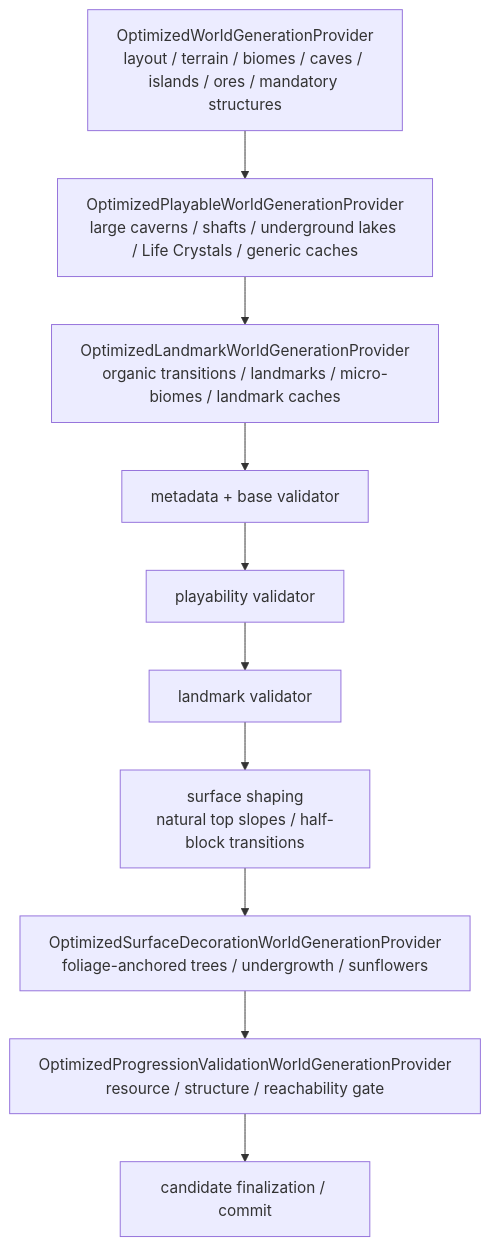
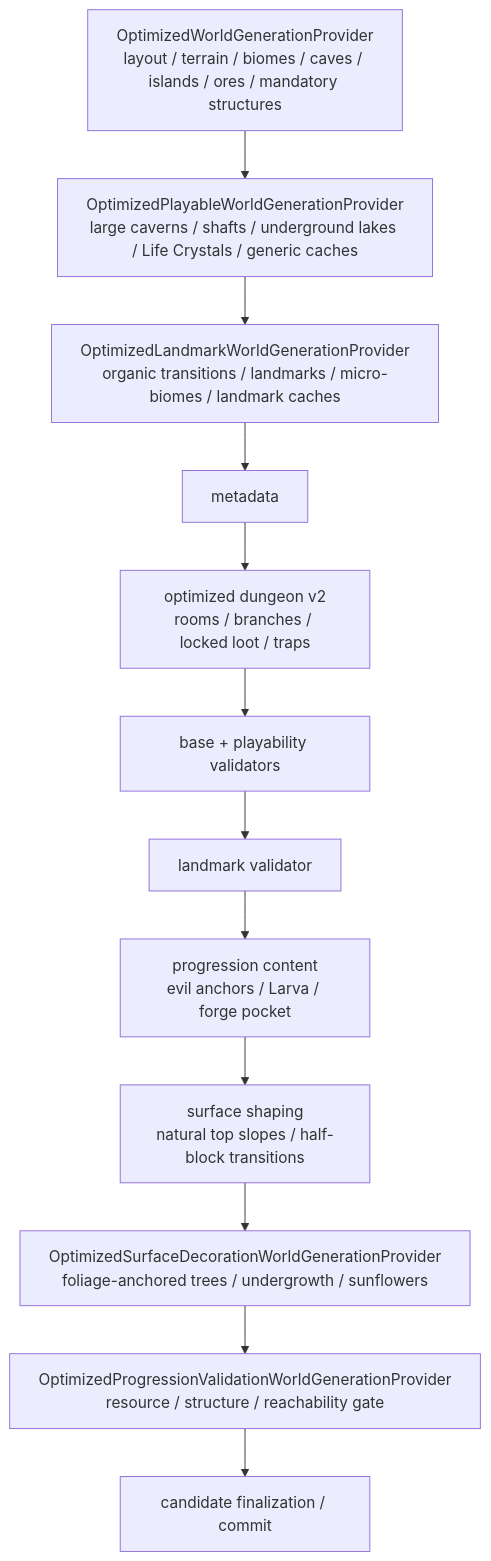
The diagram in docs/en/optimized-world-generation.md (VegaKernel/TerraRuntime), drawn with Mermaid before and after one commit. The commit also changed other lines of this file and 5 other files, not shown here.

First line of the commit message:
Add optimized dungeon v2 progression graph

````diff
--- a/docs/en/optimized-world-generation.md
+++ b/docs/en/optimized-world-generation.md
@@ -24,15 +24,17 @@
 ```mermaid
 flowchart TD
     Base["OptimizedWorldGenerationProvider<br/>layout / terrain / biomes / caves / islands / ores / mandatory structures"]
     Play["OptimizedPlayableWorldGenerationProvider<br/>large caverns / shafts / underground lakes / Life Crystals / generic caches"]
     Land["OptimizedLandmarkWorldGenerationProvider<br/>organic transitions / landmarks / micro-biomes / landmark caches"]
-    Meta["metadata + base validator"]
-    PVal["playability validator"]
+    Meta["metadata"]
+    Dungeon["optimized dungeon v2<br/>rooms / branches / locked loot / traps"]
+    PVal["base + playability validators"]
     LVal["landmark validator"]
+    Content["progression content<br/>evil anchors / Larva / forge pocket"]
     Shape["surface shaping<br/>natural top slopes / half-block transitions"]
     Surf["OptimizedSurfaceDecorationWorldGenerationProvider<br/>foliage-anchored trees / undergrowth / sunflowers"]
     Prog["OptimizedProgressionValidationWorldGenerationProvider<br/>resource / structure / reachability gate"]
     Commit["candidate finalization / commit"]
 
-    Base --> Play --> Land --> Meta --> PVal --> LVal --> Shape --> Surf --> Prog --> Commit
+    Base --> Play --> Land --> Meta --> Dungeon --> PVal --> LVal --> Content --> Shape --> Surf --> Prog --> Commit
 ```
````
